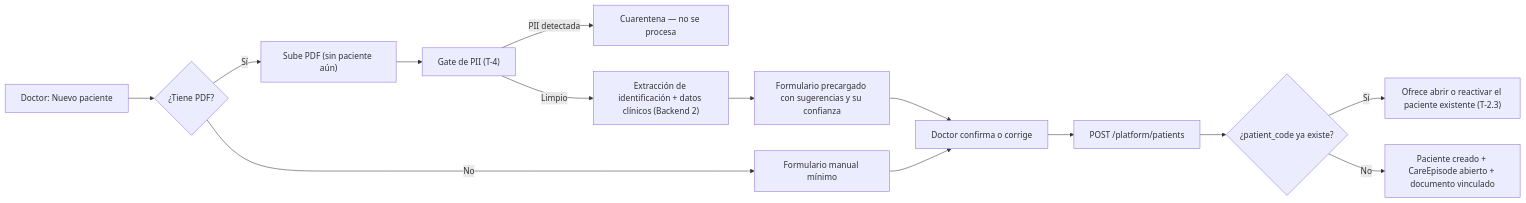
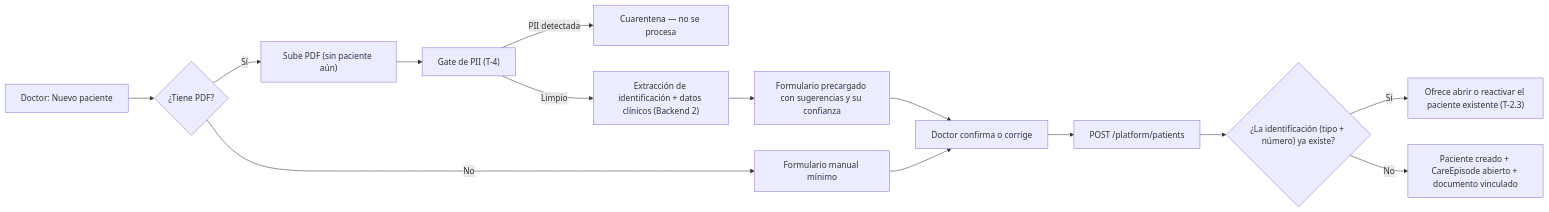
Before and after one commit to hatrickmario/OncoLens-Lab: the first of 4 diagrams in docs/review/propuesta-de-solucion.md, drawn with Mermaid. The commit also changed other lines of this file, not shown here.

````diff
--- a/docs/review/propuesta-de-solucion.md
+++ b/docs/review/propuesta-de-solucion.md
@@ -208,16 +268,16 @@
 ```mermaid
 flowchart LR
     A["Doctor: Nuevo paciente"] --> B{"¿Tiene PDF?"}
     B -- No --> F["Formulario manual mínimo"]
     B -- Sí --> U["Sube PDF (sin paciente aún)"]
     U --> G["Gate de PII (T-4)"]
     G -- PII detectada --> Q["Cuarentena — no se procesa"]
     G -- Limpio --> X["Extracción de identificación + datos clínicos (Backend 2)"]
     X --> P["Formulario precargado con sugerencias y su confianza"]
     P --> C["Doctor confirma o corrige"]
     F --> C
     C --> E["POST /platform/patients"]
-    E --> D{"¿patient_code ya existe?"}
+    E --> D{"¿La identificación (tipo + número) ya existe?"}
     D -- Sí --> R["Ofrece abrir o reactivar el paciente existente (T-2.3)"]
     D -- No --> OK["Paciente creado + CareEpisode abierto + documento vinculado"]
 ```
````
